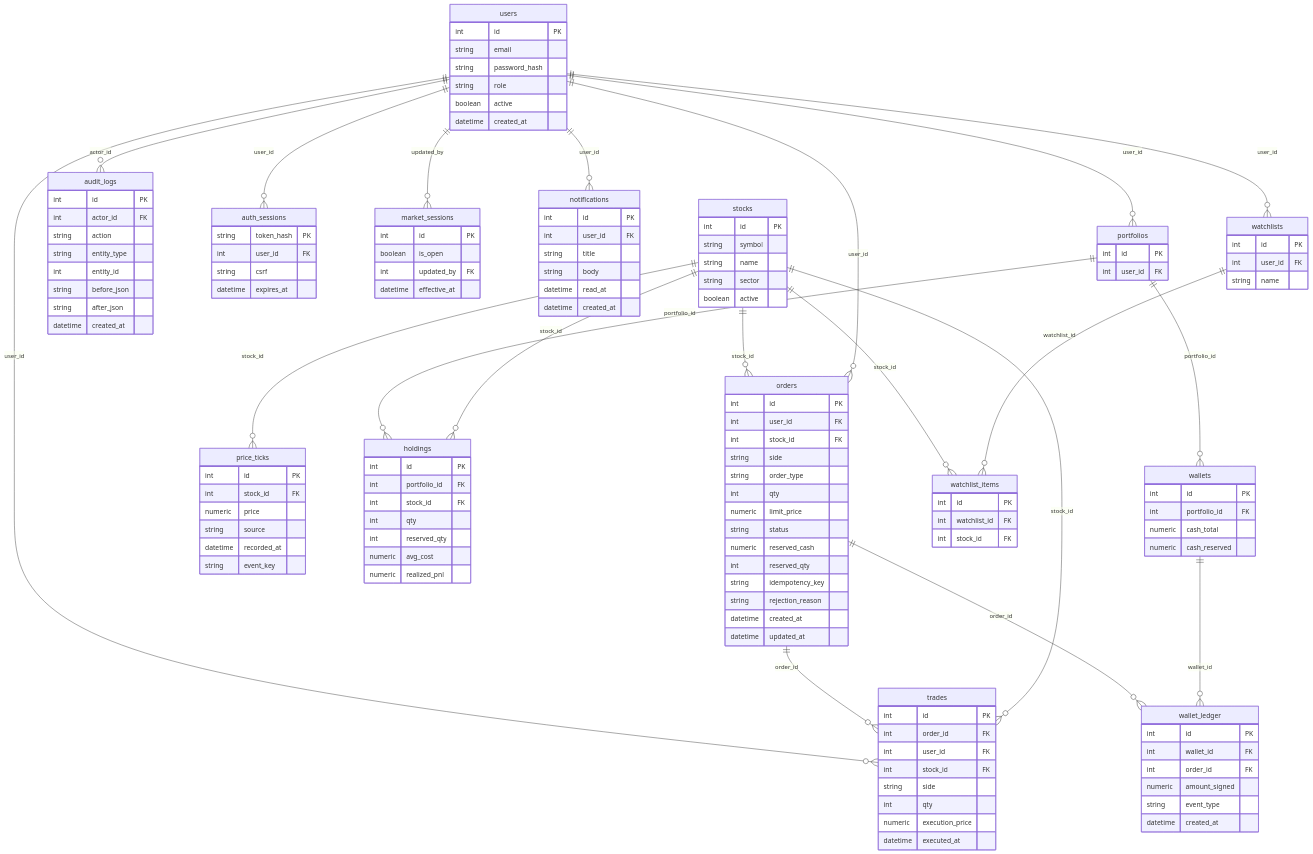
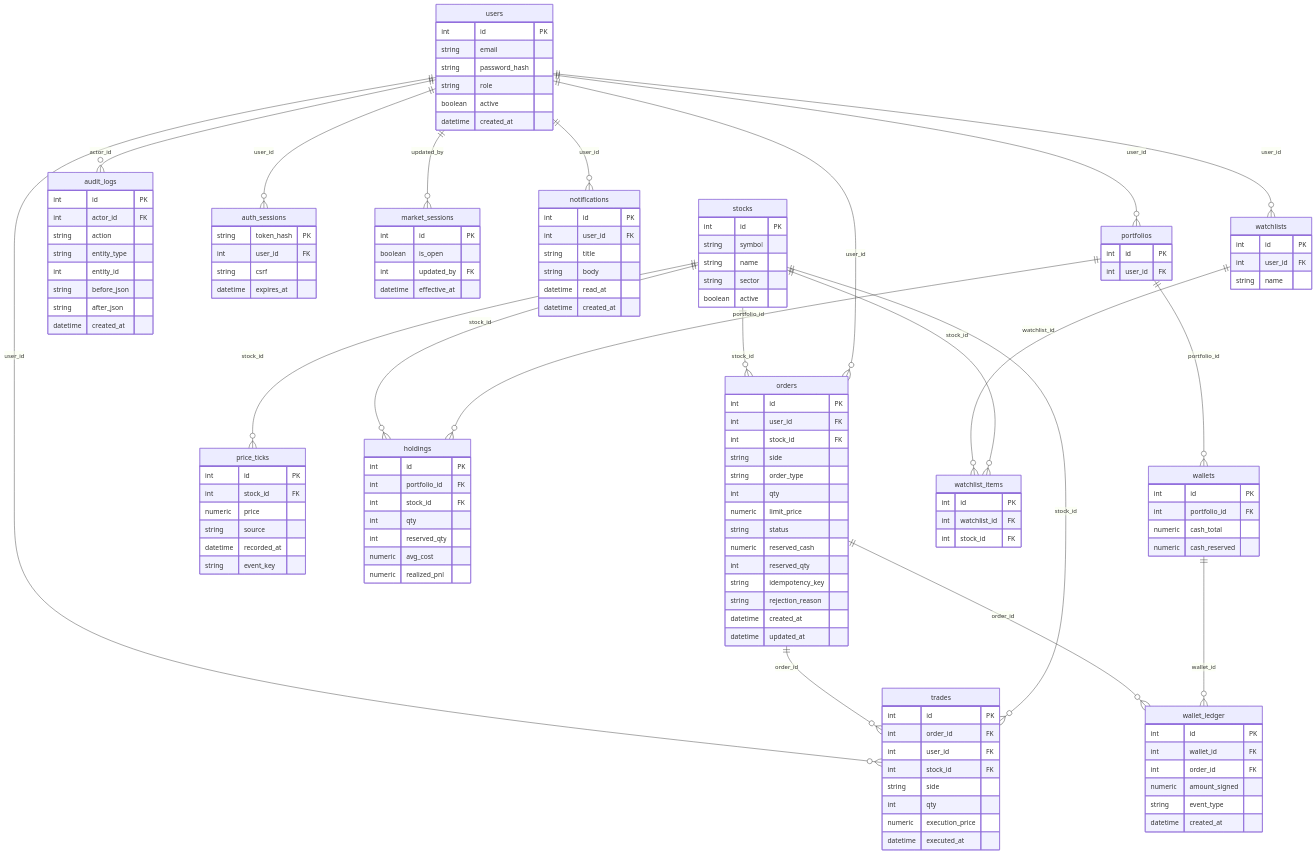
Before and after one commit to Garvnanda/SE_FILE: the diagram in docs/schema.md, drawn with Mermaid. The commit also changed other lines of this file and 44 other files, not shown here.

```diff
--- a/docs/schema.md
+++ b/docs/schema.md
@@ -295,8 +295,8 @@
     numeric avg_cost
     numeric realized_pnl
   }
+  stocks ||--o{ holdings : stock_id
   portfolios ||--o{ holdings : portfolio_id
-  stocks ||--o{ holdings : stock_id
   trades {
     int id PK
     int order_id FK
@@ -322,8 +322,8 @@
     int watchlist_id FK
     int stock_id FK
   }
+  watchlists ||--o{ watchlist_items : watchlist_id
   stocks ||--o{ watchlist_items : stock_id
-  watchlists ||--o{ watchlist_items : watchlist_id
   wallet_ledger {
     int id PK
     int wallet_id FK
```
